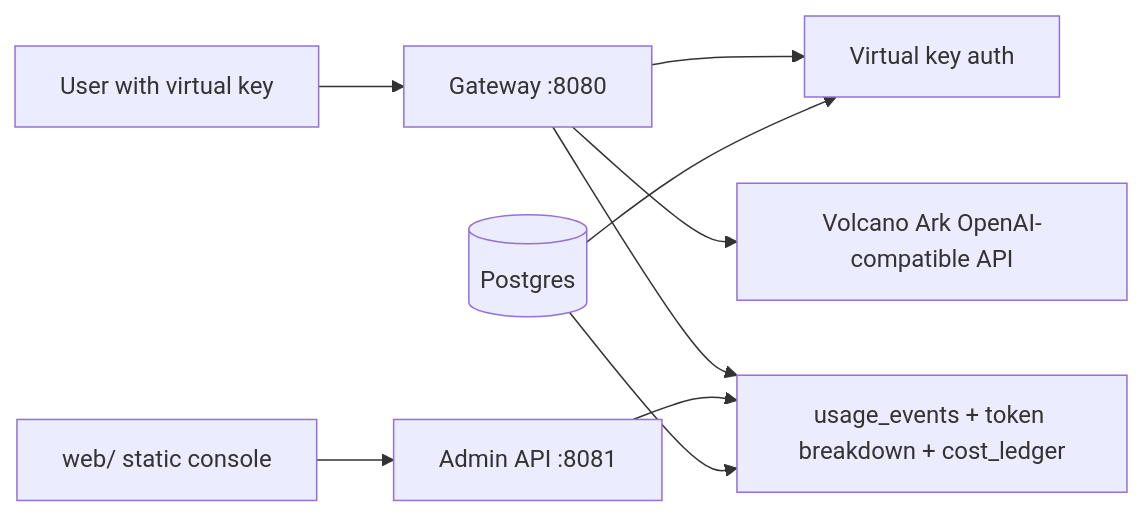
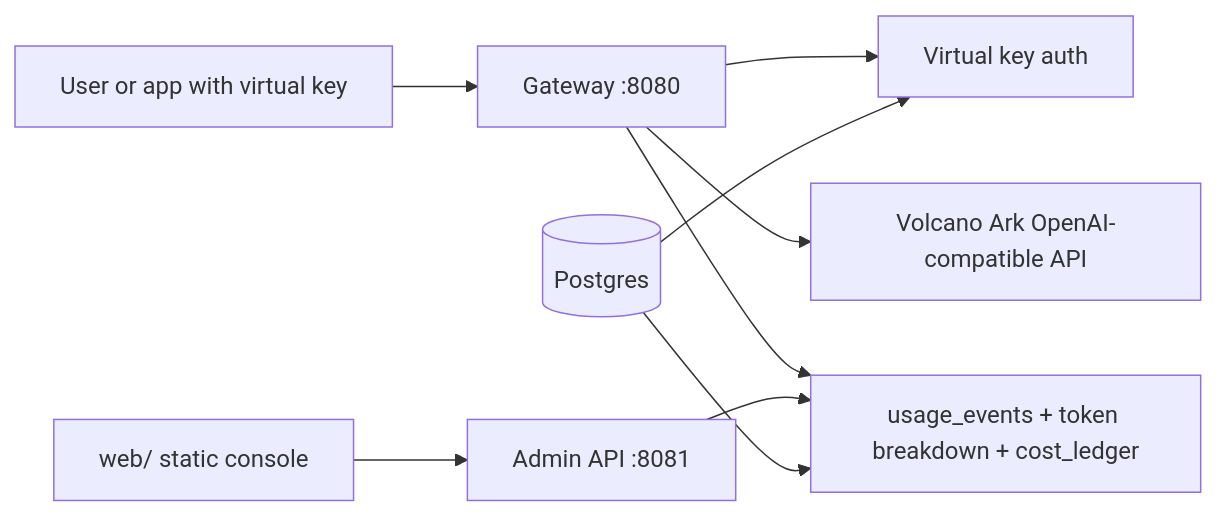
Before and after one commit to CcCalana/omnitoken: the diagram in README.md, drawn with Mermaid. The commit also changed other lines of this file and 1 other file, not shown here.

````diff
--- a/README.md
+++ b/README.md
@@ -21,11 +71,11 @@
 ```mermaid
 flowchart LR
-  User["User with virtual key"] --> Gateway["Gateway :8080"]
+  User["User or app with virtual key"] --> Gateway["Gateway :8080"]
   Gateway --> Auth["Virtual key auth"]
   Gateway --> Ark["Volcano Ark OpenAI-compatible API"]
   Gateway --> Usage["usage_events + token breakdown + cost_ledger"]
   Admin["Admin API :8081"] --> Usage
   Web["web/ static console"] --> Admin
   Postgres[(Postgres)] --> Auth
   Postgres --> Usage
 ```
````
